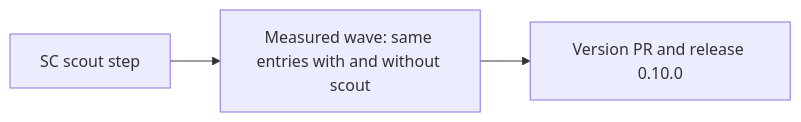
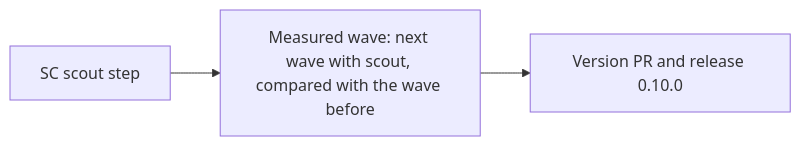
The diagram in docs/plan-0.10.0.md (alfhen/agent-pr-pipeline), drawn with Mermaid before and after one commit. The commit also changed other lines of this file, not shown here.

Commit message:
Plan 0.10.0: digest path built by the workflow, digest folder, digestNote field, one measure design, release 2 moves, narrower Touches

````diff
--- a/docs/plan-0.10.0.md
+++ b/docs/plan-0.10.0.md
@@ -51,4 +55,4 @@
 ```mermaid
 flowchart LR
-  SC[SC scout step] --> M[Measured wave: same entries with and without scout] --> V[Version PR and release 0.10.0]
+  SC[SC scout step] --> M[Measured wave: next wave with scout, compared with the wave before] --> V[Version PR and release 0.10.0]
 ```
````
